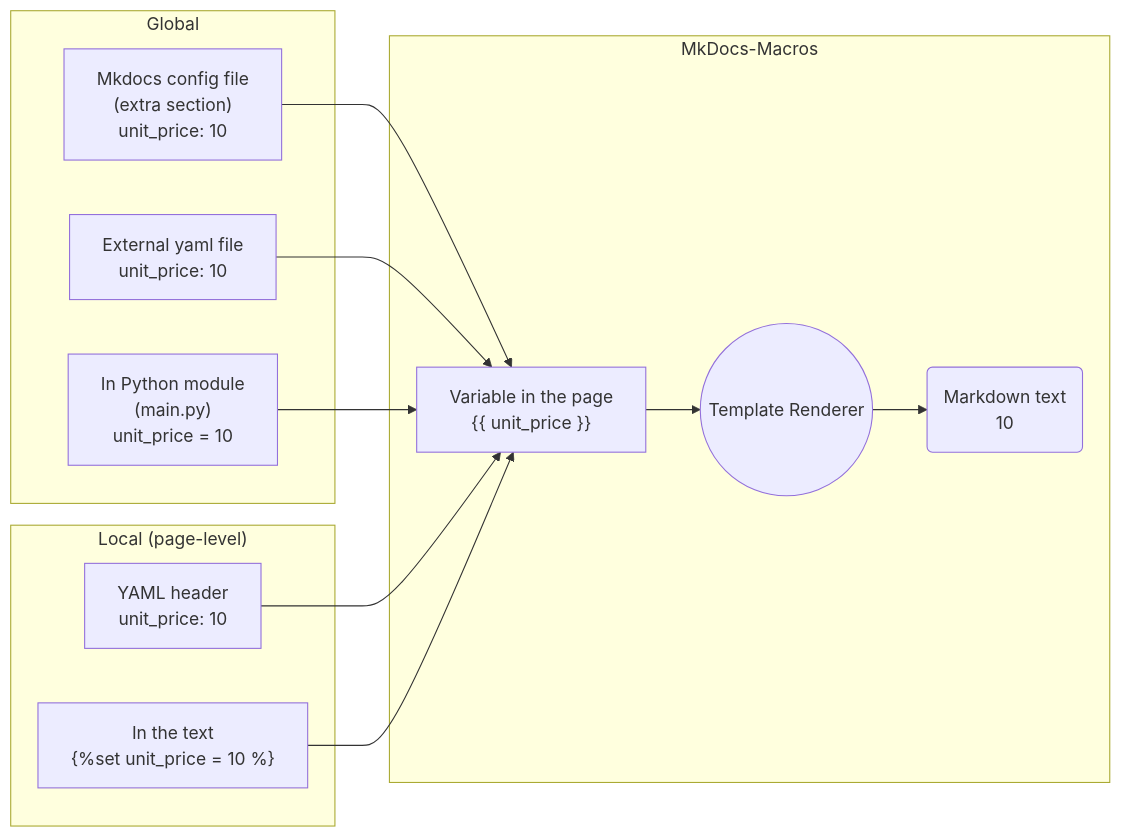
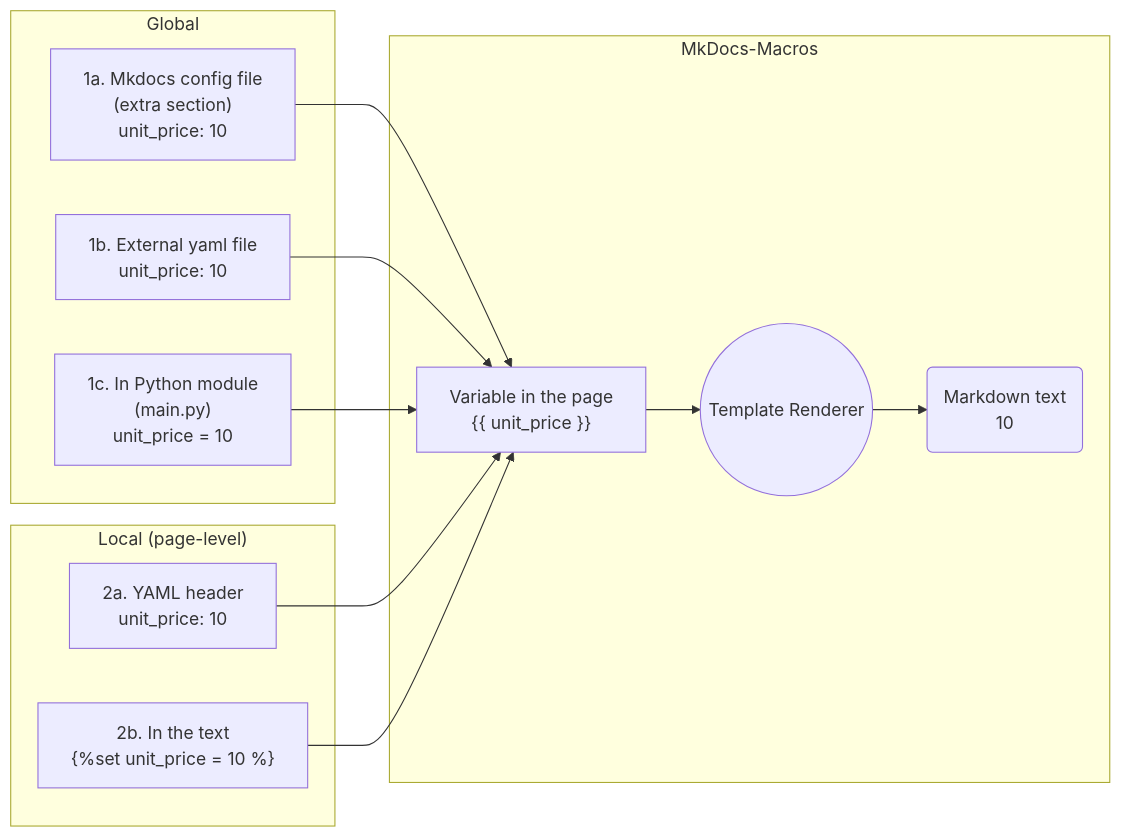
The third of 3 diagrams in webdoc/docs/index.md (fralau/mkdocs-macros-plugin), drawn with Mermaid before and after one commit. The commit also changed other lines of this file and 10 other files, not shown here.

````diff
--- a/webdoc/docs/index.md
+++ b/webdoc/docs/index.md
@@ -141,18 +148,18 @@
 ```mermaid
 flowchart LR
     subgraph "MkDocs-Macros"
     variable["Variable in the page\n{{ unit_price }}"] --> renderer
     renderer(("Template Renderer")) --> text
     text("Markdown text\n10")
 
     end
     subgraph Global
-    config["Mkdocs config file\n(extra section)\nunit_price: 10"] --> variable
-    external["External yaml file\nunit_price: 10"]  --> variable
-    module["In Python module\n(main.py)\nunit_price = 10"]  --> variable
+    config["1a. Mkdocs config file\n(extra section)\nunit_price: 10"] --> variable
+    external["1b. External yaml file\nunit_price: 10"]  --> variable
+    module["1c. In Python module\n(main.py)\nunit_price = 10"]  --> variable
     end
     subgraph "Local (page-level)"
-    header["YAML header"\nunit_price: 10]  --> variable
-    page["In the text\n{%set unit_price = 10 %}"]  --> variable
+    header["2a. YAML header"\nunit_price: 10]  --> variable
+    page["2b. In the text\n{%set unit_price = 10 %}"]  --> variable
     end
 ```
````
